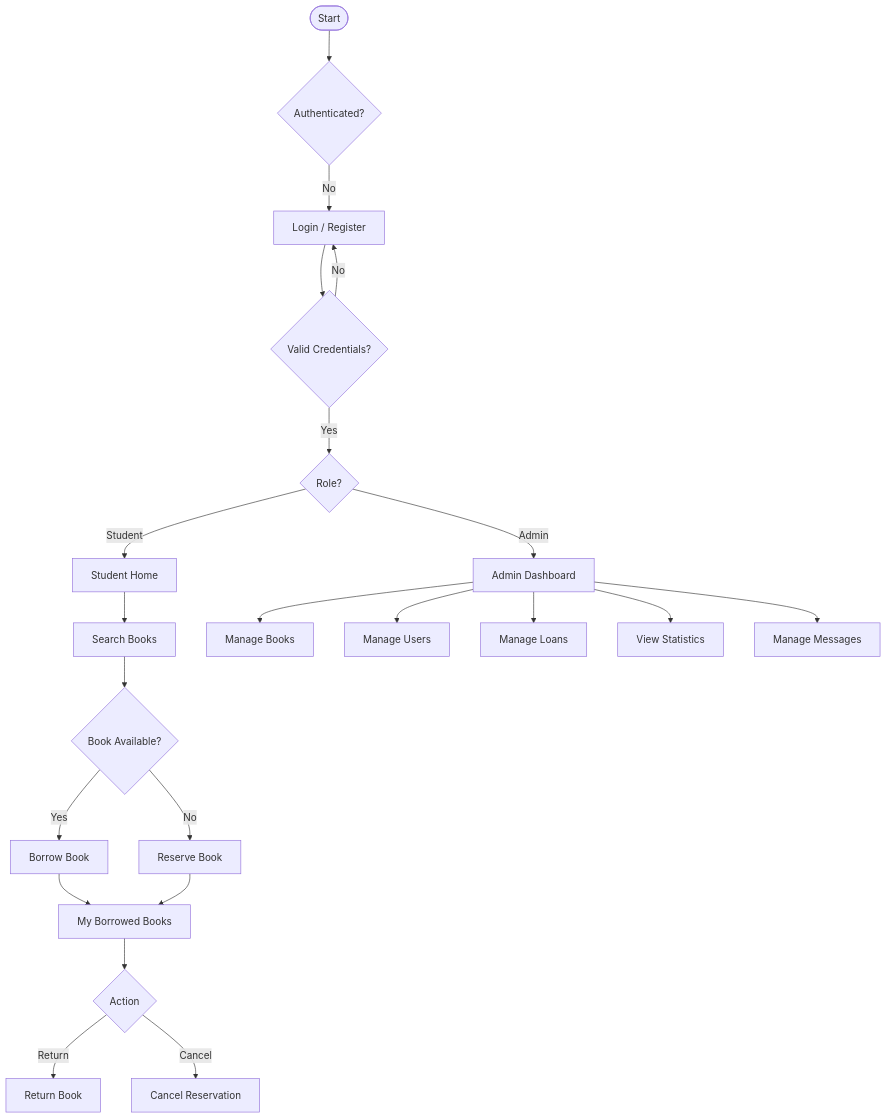
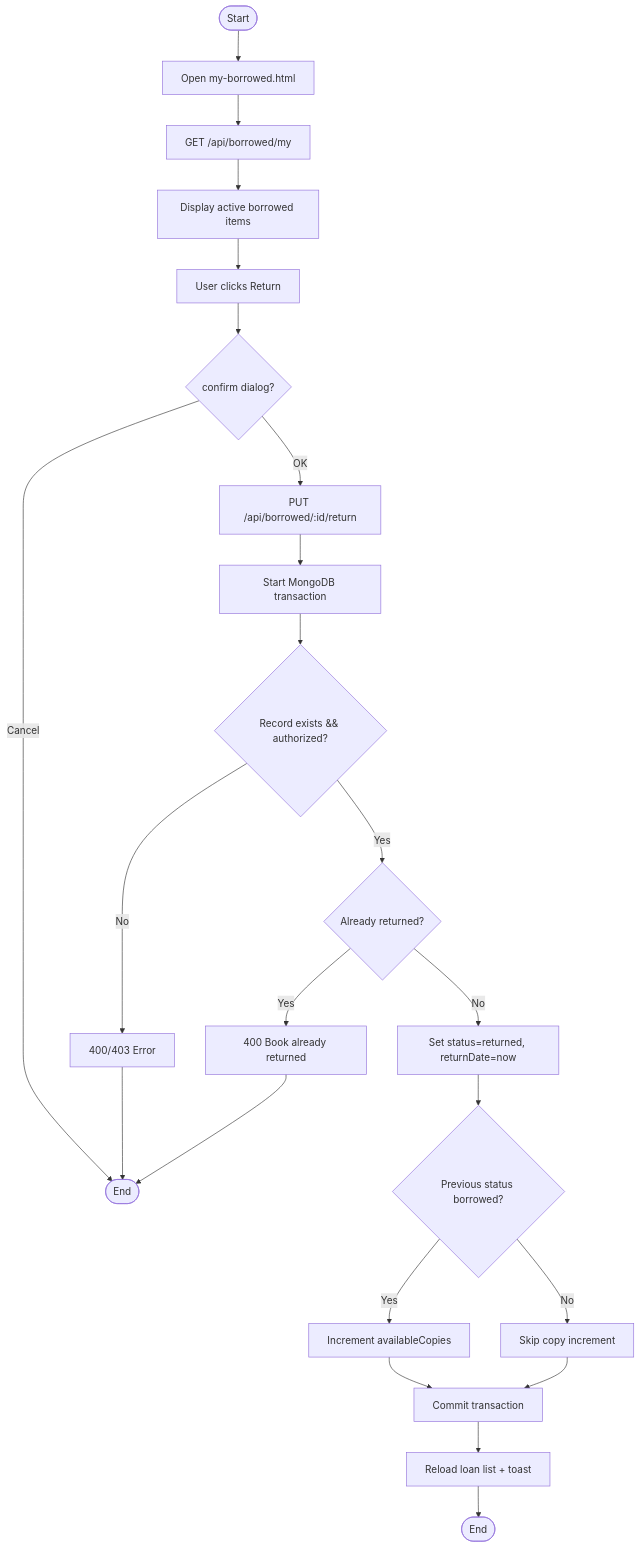
Diagram 11 of 17 in DOCUMENTATION.md (ayatkady/eelu-library-hub), drawn with Mermaid before and after one commit. The commit also changed other lines of this file and 21 other files, not shown here.

````diff
--- a/DOCUMENTATION.md
+++ b/DOCUMENTATION.md
@@ -1474,26 +2209,25 @@
 ```mermaid
 flowchart TD
-    A([Start]) --> B{Authenticated?}
-    B -- No --> C[Login / Register]
-    C --> D{Valid Credentials?}
-    D -- No --> C
-    D -- Yes --> E{Role?}
-    E -- Student --> F[Student Home]
-    E -- Admin --> G[Admin Dashboard]
-
-    F --> H[Search Books]
-    H --> I{Book Available?}
-    I -- Yes --> J[Borrow Book]
-    I -- No --> K[Reserve Book]
-    J --> L[My Borrowed Books]
-    K --> L
-    L --> M{Action}
-    M -- Return --> N[Return Book]
-    M -- Cancel --> O[Cancel Reservation]
-
-    G --> P[Manage Books]
-    G --> Q[Manage Users]
-    G --> R[Manage Loans]
-    G --> S[View Statistics]
-    G --> T[Manage Messages]
+    A([Start]) --> B[Open my-borrowed.html]
+    B --> C[GET /api/borrowed/my]
+    C --> D[Display active borrowed items]
+    D --> E[User clicks Return]
+    E --> F{confirm dialog?}
+    F -- Cancel --> G([End])
+    F -- OK --> H[PUT /api/borrowed/:id/return]
+    H --> I[Start MongoDB transaction]
+    I --> J{Record exists && authorized?}
+    J -- No --> K[400/403 Error]
+    K --> G
+    J -- Yes --> L{Already returned?}
+    L -- Yes --> M[400 Book already returned]
+    M --> G
+    L -- No --> N[Set status=returned, returnDate=now]
+    N --> O{Previous status borrowed?}
+    O -- Yes --> P[Increment availableCopies]
+    O -- No --> Q[Skip copy increment]
+    P --> R[Commit transaction]
+    Q --> R
+    R --> S[Reload loan list + toast]
+    S --> T([End])
 ```
````
